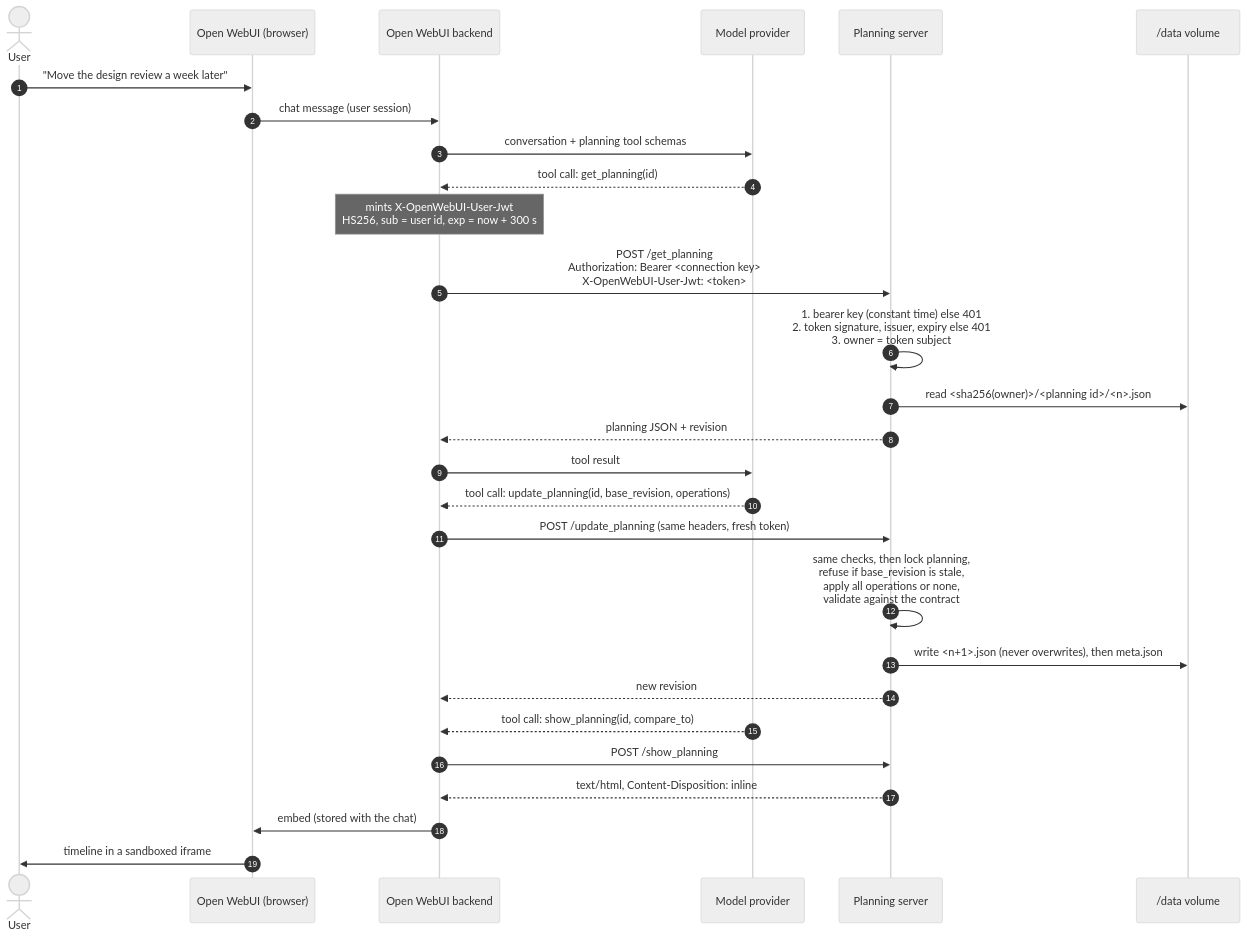
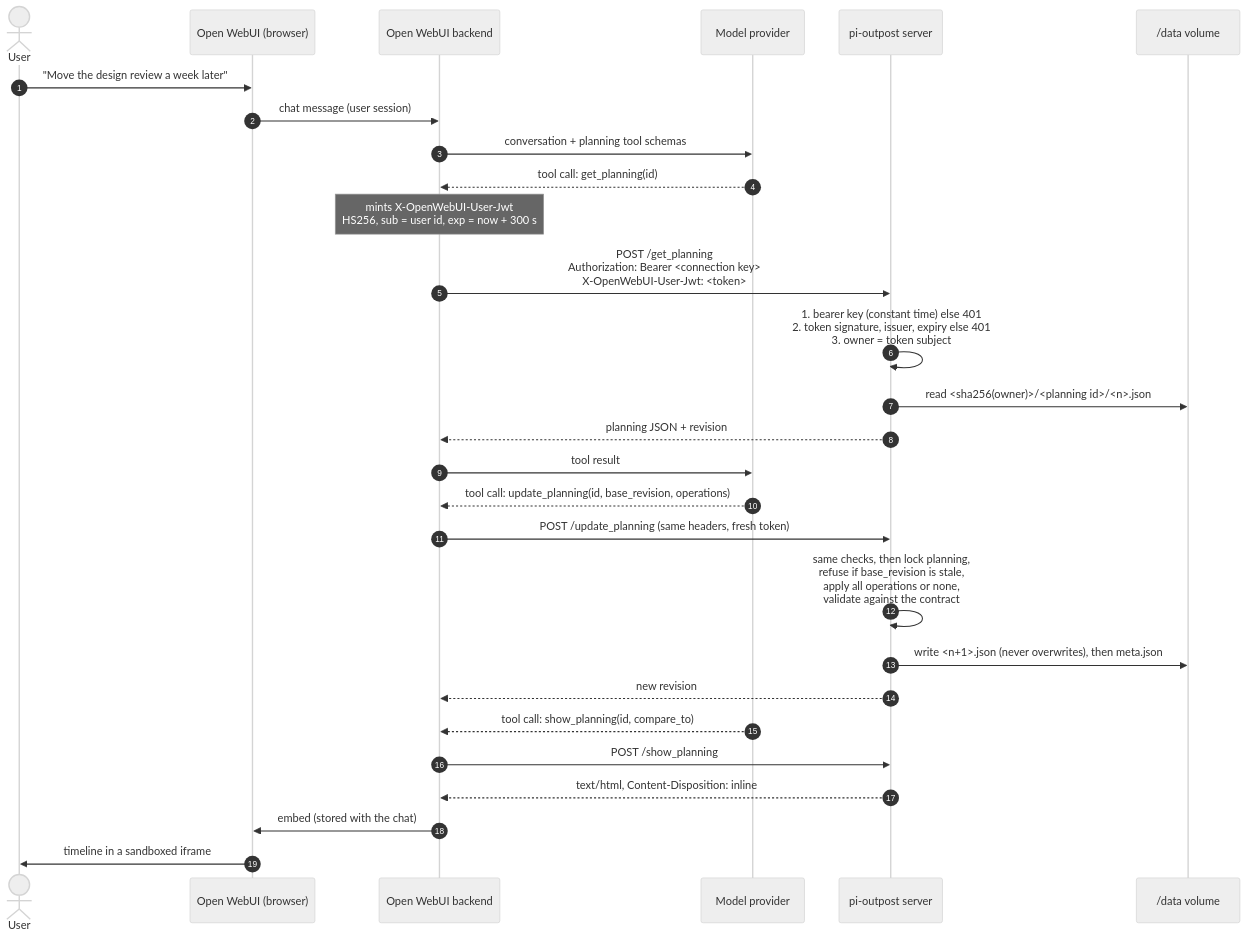
One commit to laurentftech/pi-outpost changed the second of 3 diagrams in docs/openwebui-architecture.md. Above: the diagram before and after it, drawn with Mermaid (neutral theme). The commit also changed other lines of this file and 23 other files, not shown here.

First line of the commit message:
refactor(openwebui): name it pi-outpost's Open WebUI server, not a planning server

````diff
--- a/docs/openwebui-architecture.md
+++ b/docs/openwebui-architecture.md
@@ -64,31 +64,31 @@
 ```mermaid
 sequenceDiagram
   autonumber
   actor U as User
   participant FE as Open WebUI (browser)
   participant BE as Open WebUI backend
   participant M as Model provider
-  participant PS as Planning server
+  participant PS as pi-outpost server
   participant D as /data volume
 
   U->>FE: "Move the design review a week later"
   FE->>BE: chat message (user session)
   BE->>M: conversation + planning tool schemas
   M-->>BE: tool call: get_planning(id)
   Note over BE: mints X-OpenWebUI-User-Jwt<br/>HS256, sub = user id, exp = now + 300 s
   BE->>PS: POST /get_planning<br/>Authorization: Bearer <connection key><br/>X-OpenWebUI-User-Jwt: <token>
   PS->>PS: 1. bearer key (constant time) else 401<br/>2. token signature, issuer, expiry else 401<br/>3. owner = token subject
   PS->>D: read <sha256(owner)>/<planning id>/<n>.json
   PS-->>BE: planning JSON + revision
   BE->>M: tool result
   M-->>BE: tool call: update_planning(id, base_revision, operations)
   BE->>PS: POST /update_planning (same headers, fresh token)
   PS->>PS: same checks, then lock planning,<br/>refuse if base_revision is stale,<br/>apply all operations or none,<br/>validate against the contract
   PS->>D: write <n+1>.json (never overwrites), then meta.json
   PS-->>BE: new revision
   M-->>BE: tool call: show_planning(id, compare_to)
   BE->>PS: POST /show_planning
   PS-->>BE: text/html, Content-Disposition: inline
   BE->>FE: embed (stored with the chat)
   FE->>U: timeline in a sandboxed iframe
 ```
````
